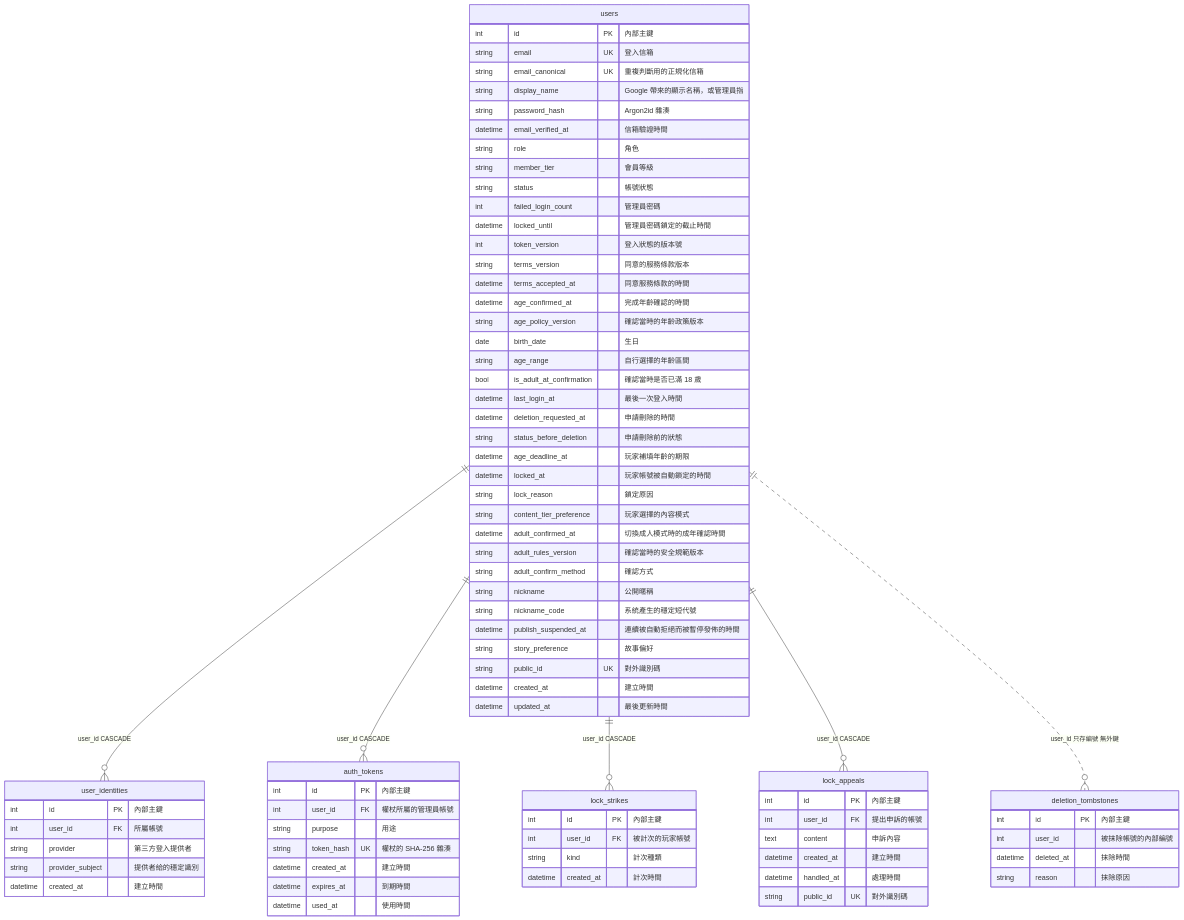
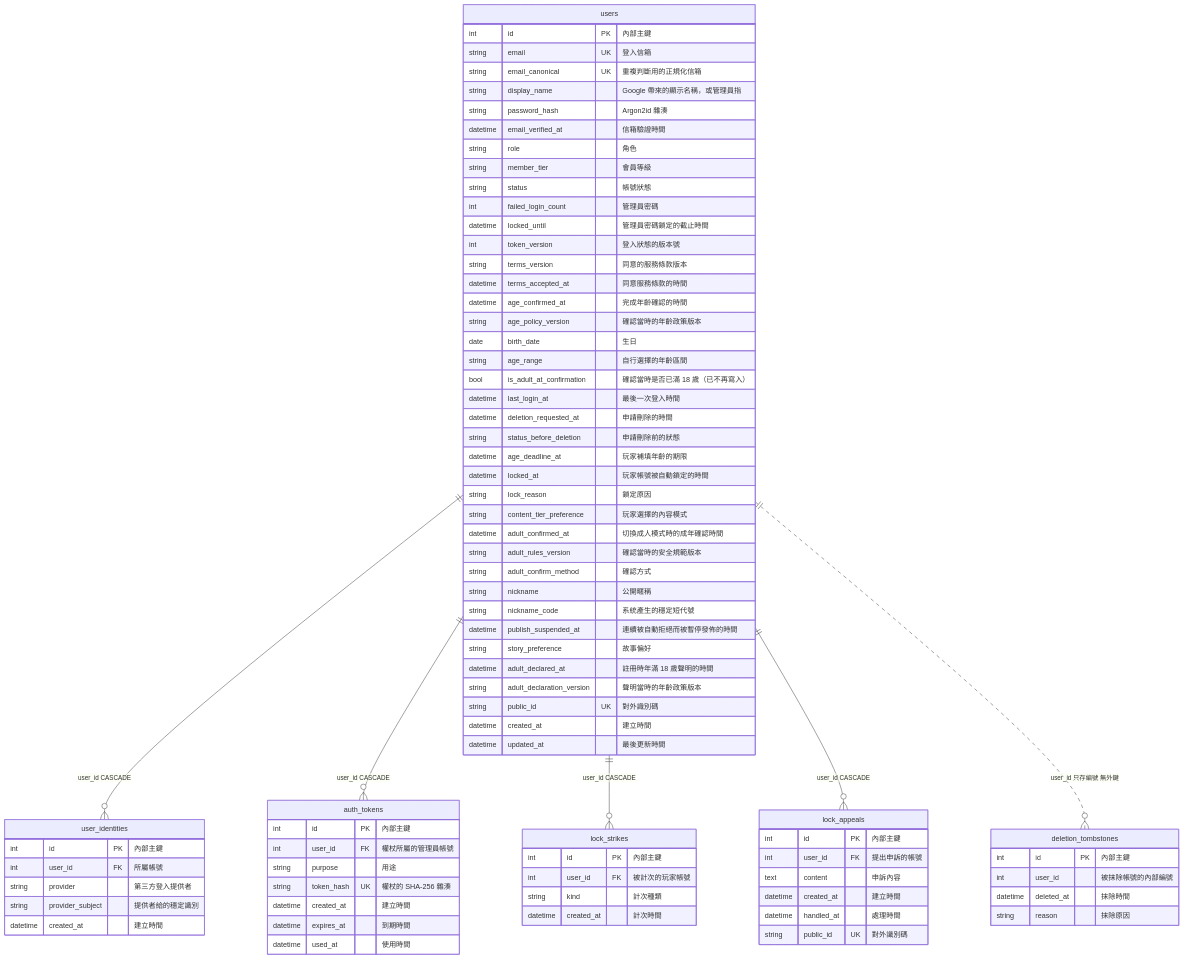
Before and after one commit to pp466pp466/R.A.C: the third of 12 diagrams in docs/project資料結構文件.md, drawn with Mermaid. The commit also changed other lines of this file and 38 other files, not shown here.

```diff
--- a/docs/project資料結構文件.md
+++ b/docs/project資料結構文件.md
@@ -220,7 +220,7 @@
         string age_policy_version "確認當時的年齡政策版本"
         date birth_date "生日"
         string age_range "自行選擇的年齡區間"
-        bool is_adult_at_confirmation "確認當時是否已滿 18 歲"
+        bool is_adult_at_confirmation "確認當時是否已滿 18 歲（已不再寫入）"
         datetime last_login_at "最後一次登入時間"
         datetime deletion_requested_at "申請刪除的時間"
         string status_before_deletion "申請刪除前的狀態"
@@ -235,6 +235,8 @@
         string nickname_code "系統產生的穩定短代號"
         datetime publish_suspended_at "連續被自動拒絕而被暫停發佈的時間"
         string story_preference "故事偏好"
+        datetime adult_declared_at "註冊時年滿 18 歲聲明的時間"
+        string adult_declaration_version "聲明當時的年齡政策版本"
         string public_id UK "對外識別碼"
         datetime created_at "建立時間"
         datetime updated_at "最後更新時間"
```
